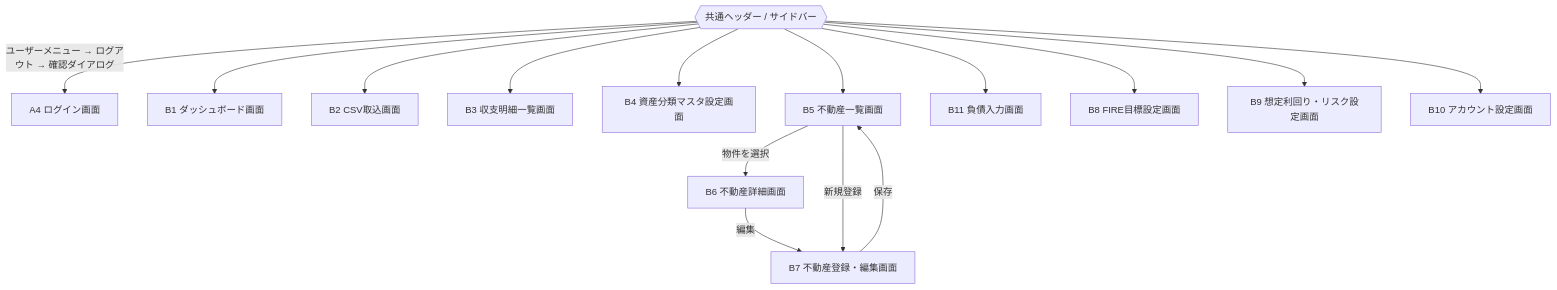
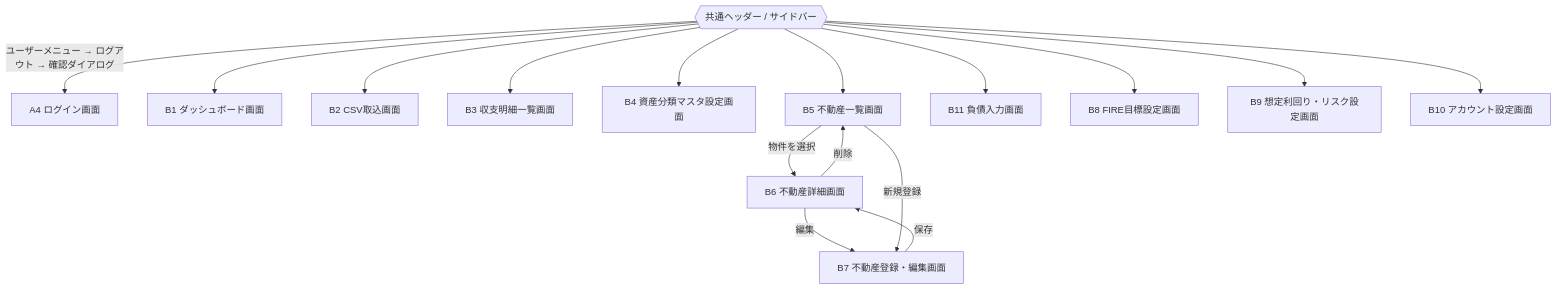
Before and after one commit to KunitoObara/FIRE_FIRE: the third of 3 diagrams in docs/screen-list-and-transitions.md, drawn with Mermaid. The commit also changed other lines of this file and 6 other files, not shown here.

````diff
--- a/docs/screen-list-and-transitions.md
+++ b/docs/screen-list-and-transitions.md
@@ -156,19 +156,20 @@
 ```mermaid
 flowchart TD
     Nav{{共通ヘッダー / サイドバー}}
     Nav -->|ユーザーメニュー → ログアウト → 確認ダイアログ| Login[A4 ログイン画面]
     Nav --> Dashboard[B1 ダッシュボード画面]
     Nav --> CsvImport[B2 CSV取込画面]
     Nav --> Transactions[B3 収支明細一覧画面]
     Nav --> CategoryMaster[B4 資産分類マスタ設定画面]
     Nav --> RealEstateList[B5 不動産一覧画面]
     Nav --> DebtInput[B11 負債入力画面]
     Nav --> FireGoal[B8 FIRE目標設定画面]
     Nav --> AssumptionSettings[B9 想定利回り・リスク設定画面]
     Nav --> AccountSettings[B10 アカウント設定画面]
 
     RealEstateList -->|物件を選択| RealEstateDetail[B6 不動産詳細画面]
     RealEstateDetail -->|編集| RealEstateEdit[B7 不動産登録・編集画面]
     RealEstateList -->|新規登録| RealEstateEdit
-    RealEstateEdit -->|保存| RealEstateList
+    RealEstateEdit -->|保存| RealEstateDetail
+    RealEstateDetail -->|削除| RealEstateList
 ```
````
